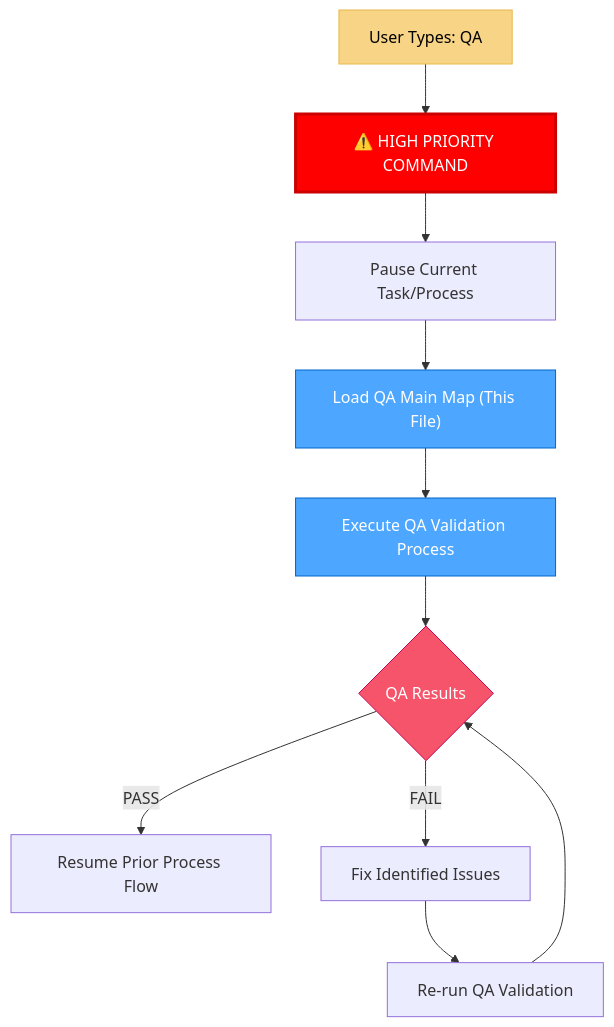
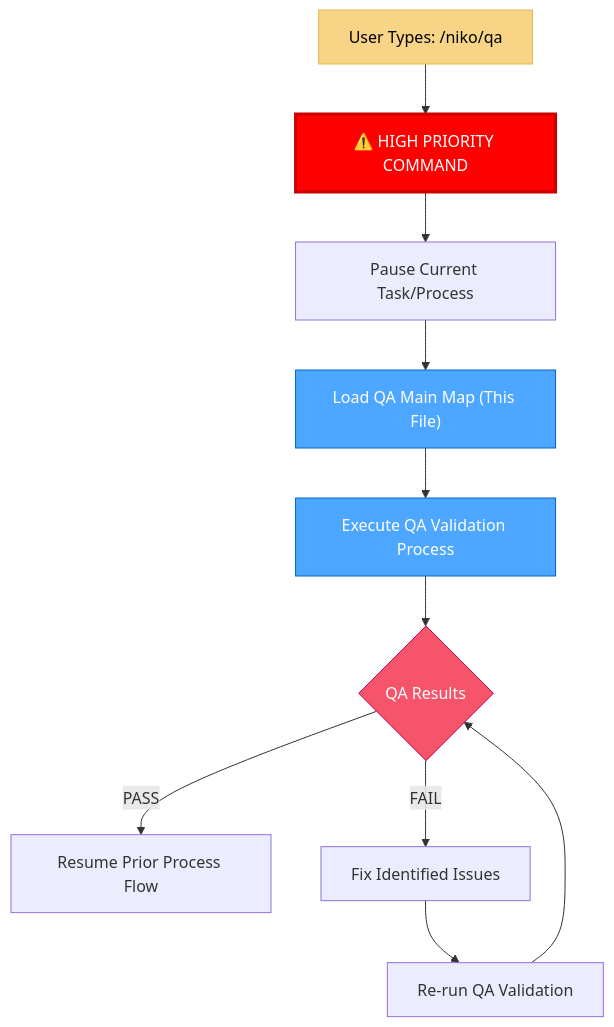
One commit to Texarkanine/.cursor-rules changed the first of 3 diagrams in rulesets/niko/niko/visual-maps/van_mode_split/van-qa-main.mdc. Above: the diagram before and after it, drawn with Mermaid. The commit also changed other lines of this file and 9 other files, not shown here.

Commit message:
feat: implement /niko/qa as a command

````diff
--- a/rulesets/niko/niko/visual-maps/van_mode_split/van-qa-main.mdc
+++ b/rulesets/niko/niko/visual-maps/van_mode_split/van-qa-main.mdc
@@ -24,19 +24,19 @@
 ```mermaid
 graph TD
-    UserQA["User Types: QA"] --> HighPriority["⚠️ HIGH PRIORITY COMMAND"]
+    UserQA["User Types: /niko/qa"] --> HighPriority["⚠️ HIGH PRIORITY COMMAND"]
     HighPriority --> CurrentTask["Pause Current Task/Process"]
     CurrentTask --> LoadQA["Load QA Main Map (This File)"]
     LoadQA --> RunQA["Execute QA Validation Process"]
     RunQA --> QAResults{"QA Results"}
     
     QAResults -->|"PASS"| ResumeFlow["Resume Prior Process Flow"]
     QAResults -->|"FAIL"| FixIssues["Fix Identified Issues"]
     FixIssues --> ReRunQA["Re-run QA Validation"]
     ReRunQA --> QAResults
     
     style UserQA fill:#f8d486,stroke:#e8b84d,color:black
     style HighPriority fill:#ff0000,stroke:#cc0000,color:white,stroke-width:3px
     style LoadQA fill:#4da6ff,stroke:#0066cc,color:white
     style RunQA fill:#4da6ff,stroke:#0066cc,color:white
     style QAResults fill:#f6546a,stroke:#c30052,color:white
 ```
````
